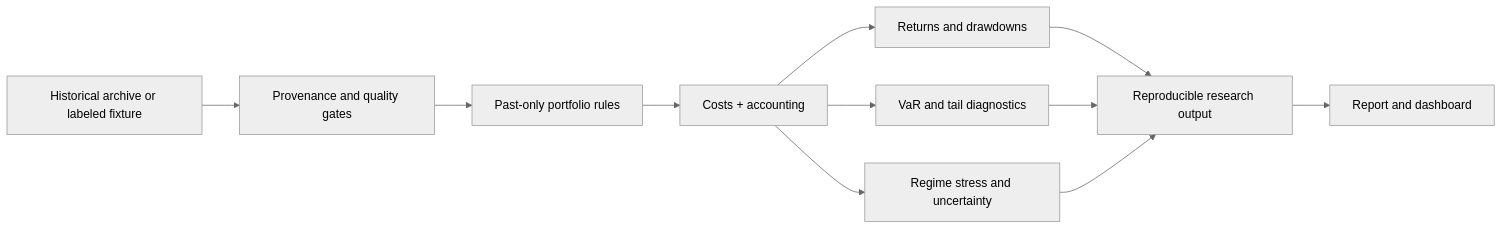
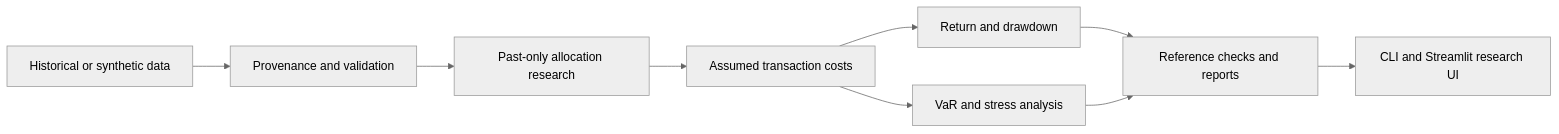
One commit to yavuzaksoyy06-create/ATLAS-Cross-Asset-Trading-Risk-Research changed the first of 2 diagrams in README.md. Above: the diagram before and after it, drawn with Mermaid (neutral theme). The commit also changed other lines of this file, not shown here.

```diff
--- a/README.md
+++ b/README.md
@@ -88,13 +121,11 @@
 ~~~mermaid
 flowchart LR
-    A[Historical archive or labeled fixture] --> B[Provenance and quality gates]
-    B --> C[Past-only portfolio rules]
-    C --> D[Costs + accounting]
-    D --> E[Returns and drawdowns]
-    D --> F[VaR and tail diagnostics]
-    D --> G[Regime stress and uncertainty]
-    E --> H[Reproducible research output]
-    F --> H
-    G --> H
-    H --> I[Report and dashboard]
+    A[Historical or synthetic data] --> B[Provenance and validation]
+    B --> C[Past-only allocation research]
+    C --> D[Assumed transaction costs]
+    D --> E[Return and drawdown]
+    D --> F[VaR and stress analysis]
+    E --> G[Reference checks and reports]
+    F --> G
+    G --> H[CLI and Streamlit research UI]
 ~~~
```
